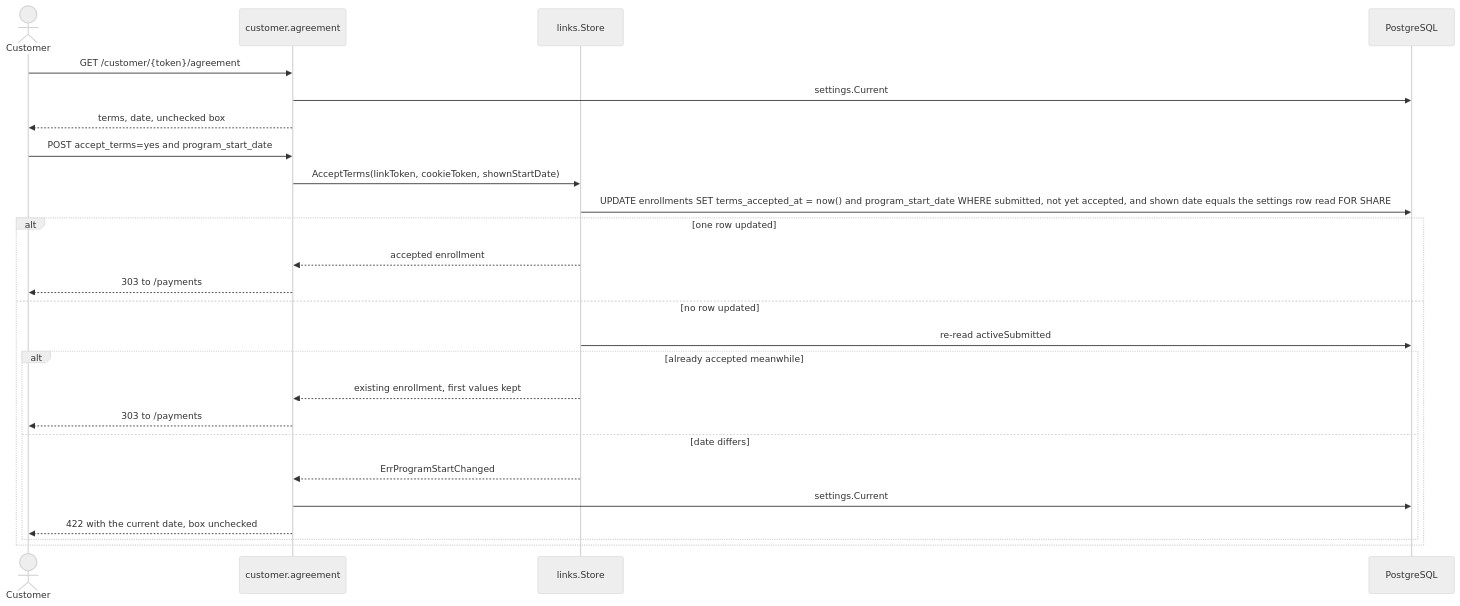
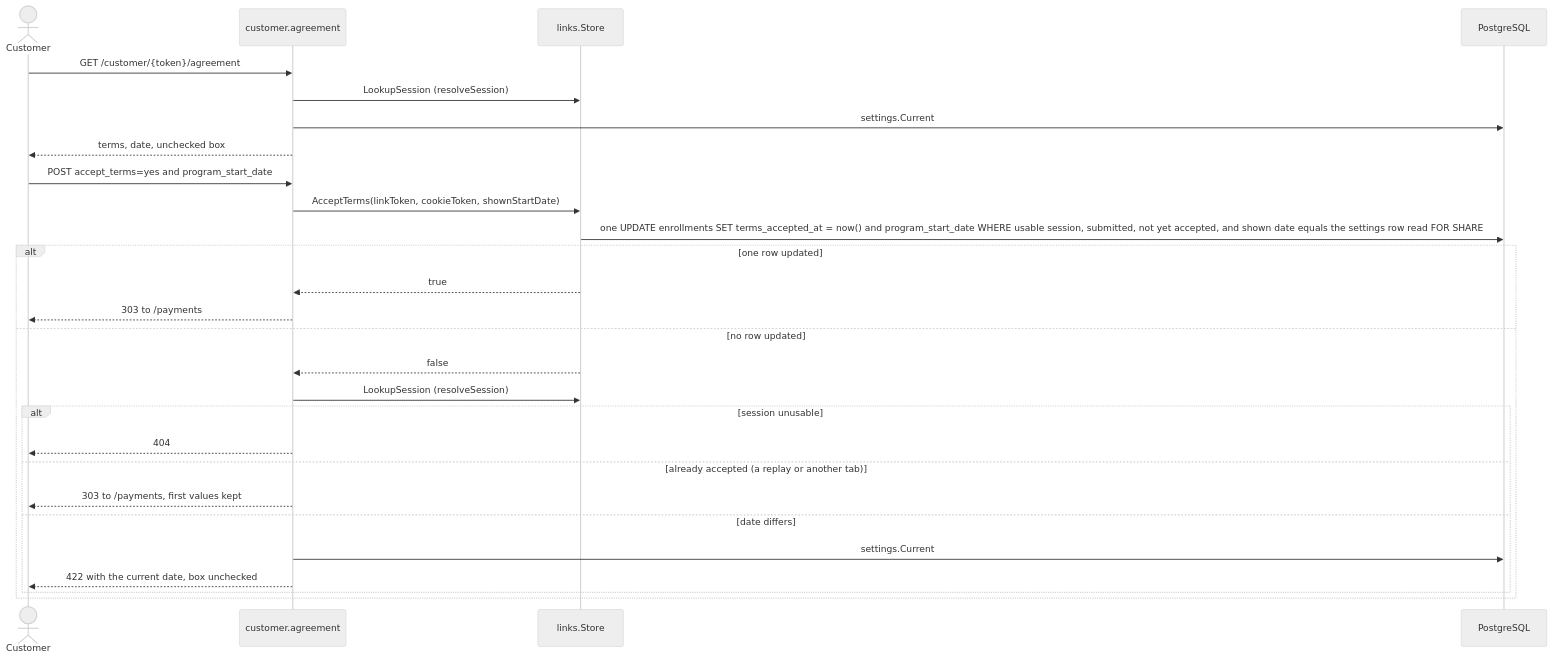
Before and after one commit to devGabriel131/ProjectHermes: the first of 2 diagrams in docs/domain/agreement.md, drawn with Mermaid (neutral theme). The commit also changed other lines of this file and 97 other files, not shown here.

First line of the commit message:
refactor: decomplect app and cut customer writes to one statement

````diff
--- a/docs/domain/agreement.md
+++ b/docs/domain/agreement.md
@@ -9,27 +9,29 @@
 ```mermaid
 sequenceDiagram
     actor Customer
     participant Handler as customer.agreement
     participant Store as links.Store
     participant DB as PostgreSQL
     Customer->>Handler: GET /customer/{token}/agreement
+    Handler->>Store: LookupSession (resolveSession)
     Handler->>DB: settings.Current
     Handler-->>Customer: terms, date, unchecked box
     Customer->>Handler: POST accept_terms=yes and program_start_date
     Handler->>Store: AcceptTerms(linkToken, cookieToken, shownStartDate)
-    Store->>DB: UPDATE enrollments SET terms_accepted_at = now() and program_start_date WHERE submitted, not yet accepted, and shown date equals the settings row read FOR SHARE
+    Store->>DB: one UPDATE enrollments SET terms_accepted_at = now() and program_start_date WHERE usable session, submitted, not yet accepted, and shown date equals the settings row read FOR SHARE
     alt one row updated
-        Store-->>Handler: accepted enrollment
+        Store-->>Handler: true
         Handler-->>Customer: 303 to /payments
     else no row updated
-        Store->>DB: re-read activeSubmitted
-        alt already accepted meanwhile
-            Store-->>Handler: existing enrollment, first values kept
-            Handler-->>Customer: 303 to /payments
+        Store-->>Handler: false
+        Handler->>Store: LookupSession (resolveSession)
+        alt session unusable
+            Handler-->>Customer: 404
+        else already accepted (a replay or another tab)
+            Handler-->>Customer: 303 to /payments, first values kept
         else date differs
-            Store-->>Handler: ErrProgramStartChanged
             Handler->>DB: settings.Current
             Handler-->>Customer: 422 with the current date, box unchecked
         end
     end
 ```
````
